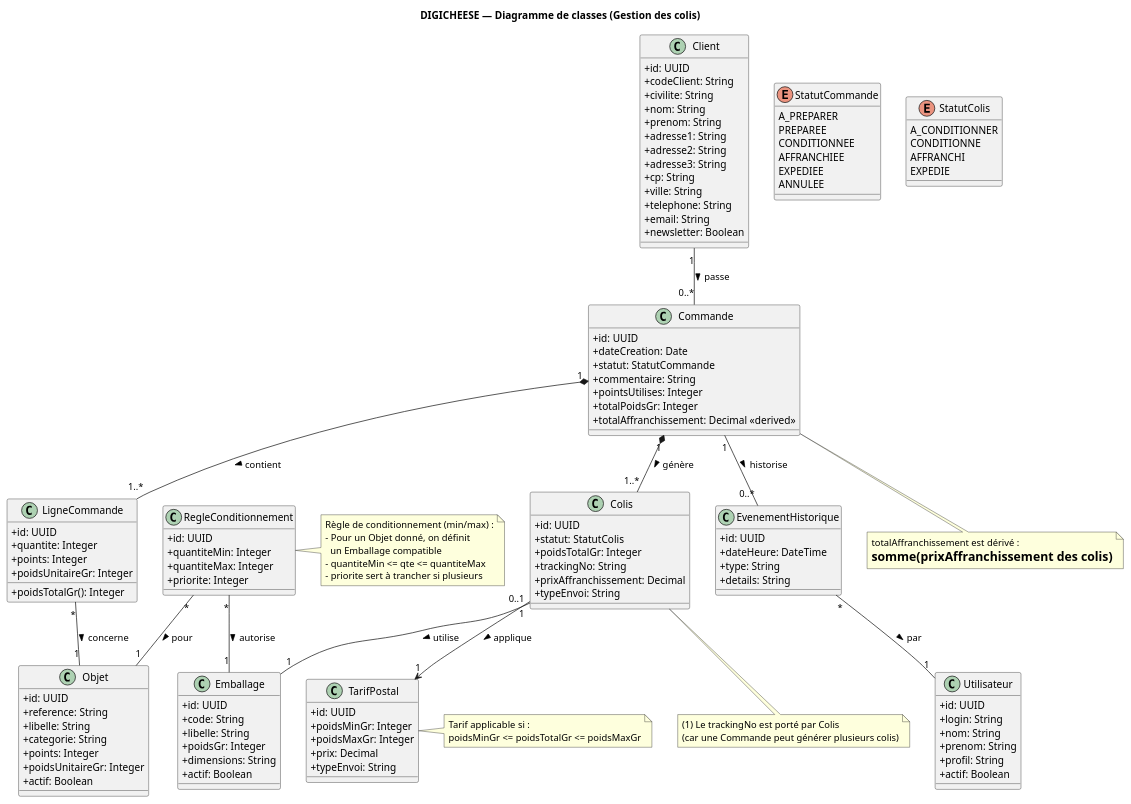
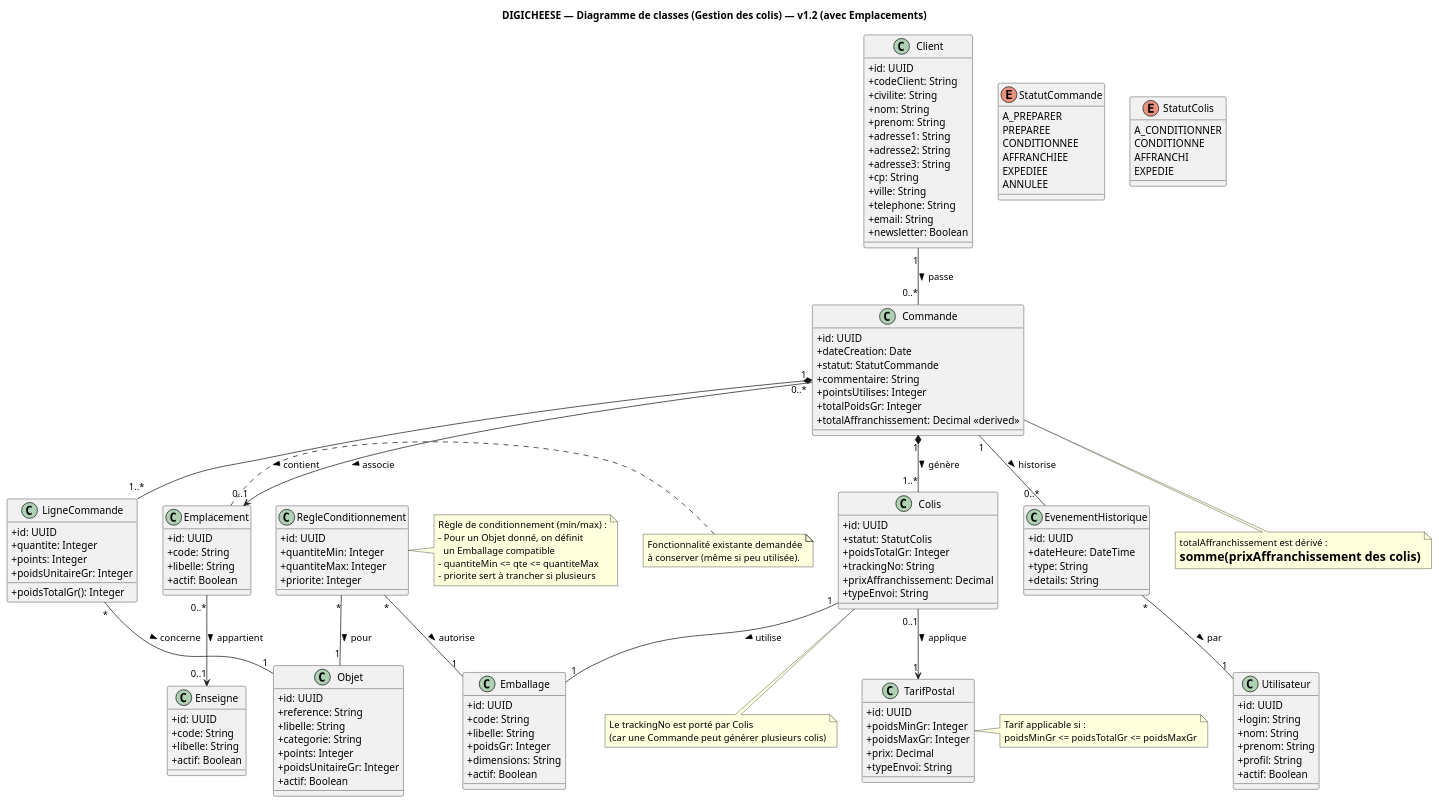
Before and after one commit to RouaultBaptiste/uml-projet: the diagram in fromagerie_digicheese_baptiste_rouault/puml/07_class_diagram.puml, drawn with PlantUML. The commit also changed 7 other files, not shown here.

First line of the commit message:
Mise à jour des diagrammes UML et ajout de nouvelles images

```diff
--- a/fromagerie_digicheese_baptiste_rouault/puml/07_class_diagram.puml
+++ b/fromagerie_digicheese_baptiste_rouault/puml/07_class_diagram.puml
@@ -1,170 +1,191 @@
 @startuml
-title DIGICHEESE — Diagramme de classes (Gestion des colis)
+title DIGICHEESE — Diagramme de classes (Gestion des colis) — v1.2 (avec Emplacements)
 skinparam shadowing false
 skinparam classAttributeIconSize 0
 
 ' =========================
 ' ENUMS
 ' =========================
 enum StatutCommande {
   A_PREPARER
   PREPAREE
   CONDITIONNEE
   AFFRANCHIEE
   EXPEDIEE
   ANNULEE
 }
 
 enum StatutColis {
   A_CONDITIONNER
   CONDITIONNE
   AFFRANCHI
   EXPEDIE
 }
 
 ' =========================
 ' CLASSES
 ' =========================
 class Client {
   +id: UUID
   +codeClient: String
   +civilite: String
   +nom: String
   +prenom: String
   +adresse1: String
   +adresse2: String
   +adresse3: String
   +cp: String
   +ville: String
   +telephone: String
   +email: String
   +newsletter: Boolean
 }
 
 class Commande {
   +id: UUID
   +dateCreation: Date
   +statut: StatutCommande
   +commentaire: String
   +pointsUtilises: Integer
   +totalPoidsGr: Integer
   +totalAffranchissement: Decimal <<derived>>
 }
 
 class LigneCommande {
   +id: UUID
   +quantite: Integer
   +points: Integer
   +poidsUnitaireGr: Integer
   +poidsTotalGr(): Integer
 }
 
 class Objet {
   +id: UUID
   +reference: String
   +libelle: String
   +categorie: String
   +points: Integer
   +poidsUnitaireGr: Integer
   +actif: Boolean
 }
 
 class Colis {
   +id: UUID
   +statut: StatutColis
   +poidsTotalGr: Integer
   +trackingNo: String
   +prixAffranchissement: Decimal
   +typeEnvoi: String
 }
 
 class Emballage {
   +id: UUID
   +code: String
   +libelle: String
   +poidsGr: Integer
   +dimensions: String
   +actif: Boolean
 }
 
 class RegleConditionnement {
   +id: UUID
   +quantiteMin: Integer
   +quantiteMax: Integer
   +priorite: Integer
 }
 
 class TarifPostal {
   +id: UUID
   +poidsMinGr: Integer
   +poidsMaxGr: Integer
   +prix: Decimal
   +typeEnvoi: String
 }
 
 class EvenementHistorique {
   +id: UUID
   +dateHeure: DateTime
   +type: String
   +details: String
 }
 
 class Utilisateur {
   +id: UUID
   +login: String
   +nom: String
   +prenom: String
   +profil: String
   +actif: Boolean
 }
 
+' ====== AJOUT PDF : Emplacements (à conserver) ======
+class Emplacement {
+  +id: UUID
+  +code: String
+  +libelle: String
+  +actif: Boolean
+}
+
+' Optionnel (si tu veux coller à l’existant "Enseignes")
+class Enseigne {
+  +id: UUID
+  +code: String
+  +libelle: String
+  +actif: Boolean
+}
+
 ' =========================
 ' RELATIONS (avec multiplicités)
 ' =========================
 Client "1" -- "0..*" Commande : passe >
 
-' (3) Compositions : une commande "possède" ses lignes et ses colis
 Commande "1" *-- "1..*" LigneCommande : contient >
 Commande "1" *-- "1..*" Colis : génère >
 
 LigneCommande "*" -- "1" Objet : concerne >
 
 Colis "1" -- "1" Emballage : utilise >
 
-' (2) Lien explicite : un colis applique (ou non) un tarif postal
 Colis "0..1" --> "1" TarifPostal : applique >
 
-' Règles min/max : pour un objet, un emballage autorisé avec contraintes
 RegleConditionnement "*" -- "1" Objet : pour >
 RegleConditionnement "*" -- "1" Emballage : autorise >
 
-' Historique / traçabilité
 Commande "1" -- "0..*" EvenementHistorique : historise >
 EvenementHistorique "*" -- "1" Utilisateur : par >
+
+' ====== Lien simple Emplacement (conforme PDF) ======
+Commande "0..*" --> "0..1" Emplacement : associe >
+Emplacement "0..*" --> "0..1" Enseigne : appartient >
 
 ' =========================
 ' NOTES METIER (TP)
 ' =========================
 note right of RegleConditionnement
 Règle de conditionnement (min/max) :
 - Pour un Objet donné, on définit
   un Emballage compatible
 - quantiteMin <= qte <= quantiteMax
 - priorite sert à trancher si plusieurs
 end note
 
 note right of TarifPostal
 Tarif applicable si :
 poidsMinGr <= poidsTotalGr <= poidsMaxGr
 end note
 
 note bottom of Colis
-(1) Le trackingNo est porté par Colis
+Le trackingNo est porté par Colis
 (car une Commande peut générer plusieurs colis)
 end note
 
 note bottom of Commande
 totalAffranchissement est dérivé :
 = somme(prixAffranchissement des colis)
 end note
+
+note right of Emplacement
+Fonctionnalité existante demandée
+à conserver (même si peu utilisée).
+end note
 @enduml
```
